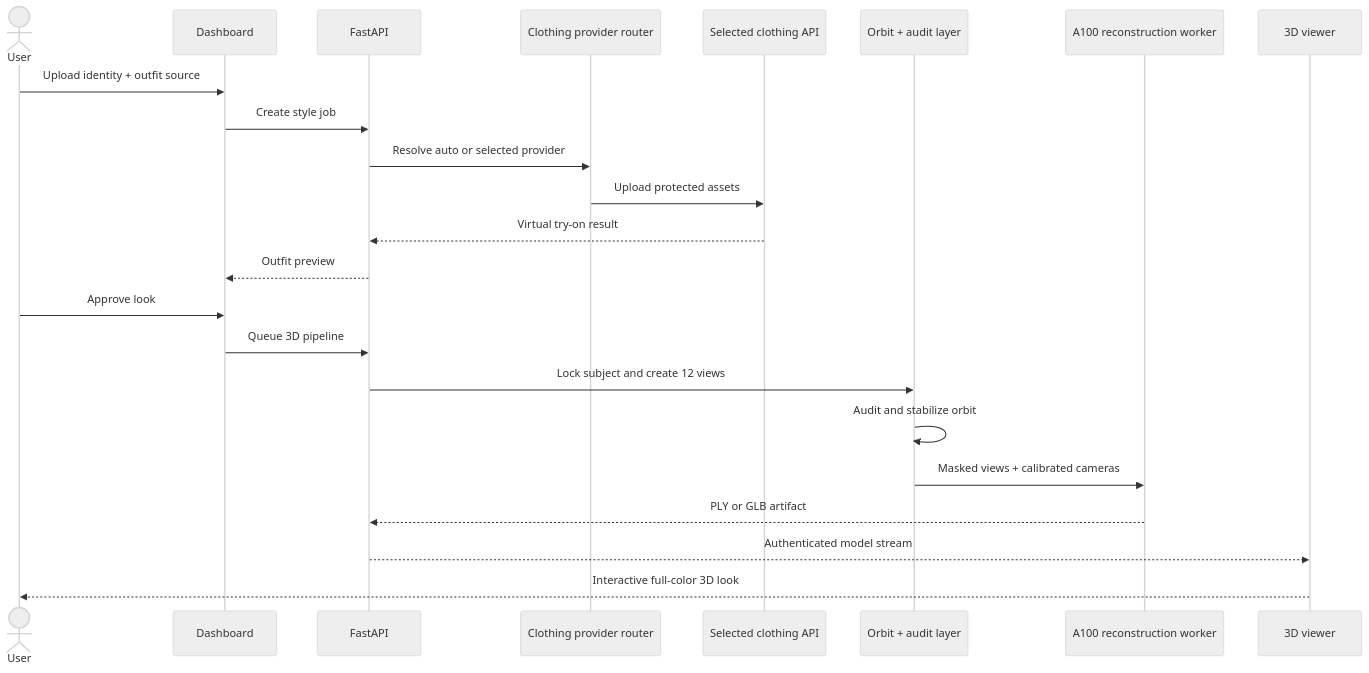
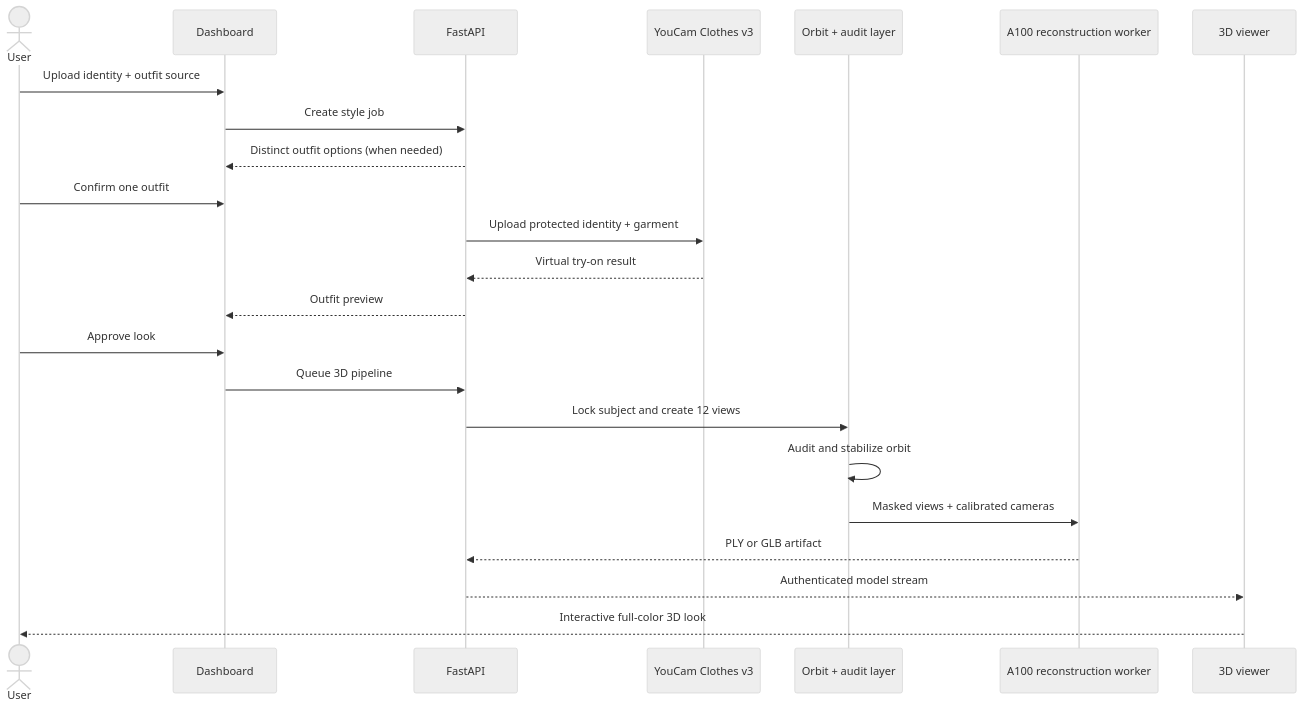
The second of 2 diagrams in README.md (Harry-2005/YouCam-3D), drawn with Mermaid (neutral theme) before and after one commit. The commit also changed other lines of this file and 1 other file, not shown here.

Commit message:
docs: clarify YouCam-only fitting workflow

````diff
--- a/README.md
+++ b/README.md
@@ -121,26 +119,26 @@
 ```mermaid
 sequenceDiagram
     actor U as User
     participant D as Dashboard
     participant A as FastAPI
-    participant R as Clothing provider router
-    participant P as Selected clothing API
+    participant Y as YouCam Clothes v3
     participant O as Orbit + audit layer
     participant G as A100 reconstruction worker
     participant V as 3D viewer
 
     U->>D: Upload identity + outfit source
     D->>A: Create style job
-    A->>R: Resolve auto or selected provider
-    R->>P: Upload protected assets
-    P-->>A: Virtual try-on result
+    A-->>D: Distinct outfit options (when needed)
+    U->>D: Confirm one outfit
+    A->>Y: Upload protected identity + garment
+    Y-->>A: Virtual try-on result
     A-->>D: Outfit preview
     U->>D: Approve look
     D->>A: Queue 3D pipeline
     A->>O: Lock subject and create 12 views
     O->>O: Audit and stabilize orbit
     O->>G: Masked views + calibrated cameras
     G-->>A: PLY or GLB artifact
     A-->>V: Authenticated model stream
     V-->>U: Interactive full-color 3D look
 ```
````
